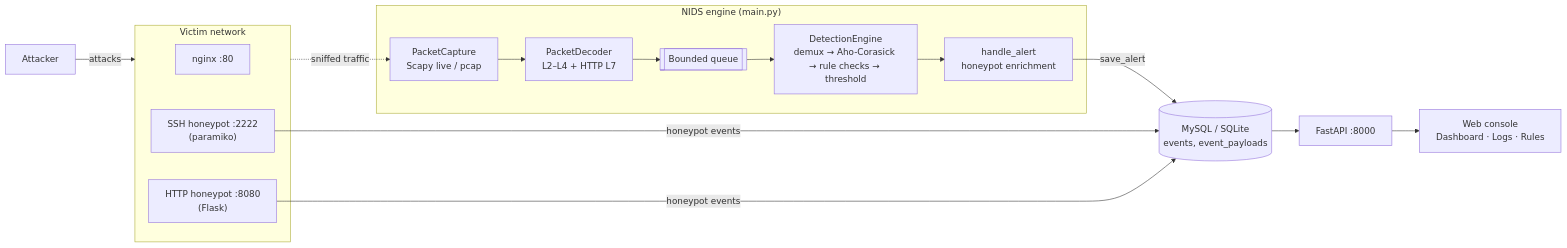
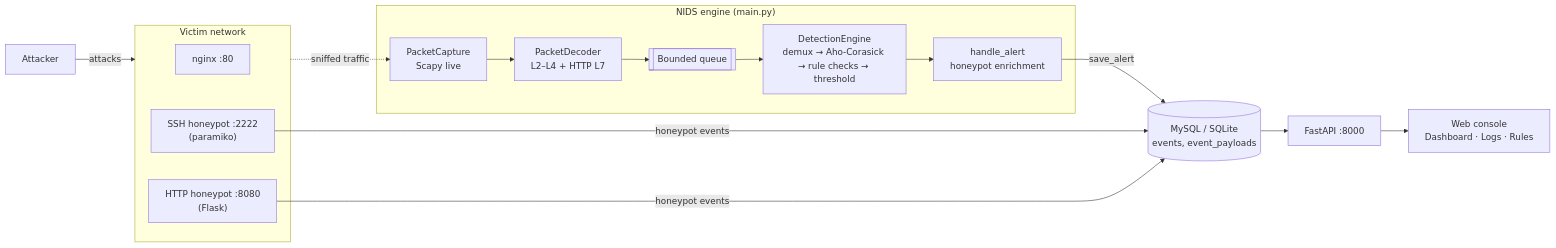
One commit to 74Teams/hybrid-nids changed the diagram in README.md. Above: the diagram before and after it, drawn with Mermaid. The commit also changed other lines of this file and 11 other files, not shown here.

````diff
--- a/README.md
+++ b/README.md
@@ -46,24 +46,24 @@
 ```mermaid
 flowchart LR
     attacker["Attacker"] -->|attacks| victim
 
     subgraph victim["Victim network"]
         nginx["nginx :80"]
         hpssh["SSH honeypot :2222<br/>(paramiko)"]
         hphttp["HTTP honeypot :8080<br/>(Flask)"]
     end
 
     subgraph engine["NIDS engine (main.py)"]
-        cap["PacketCapture<br/>Scapy live / pcap"] --> dec["PacketDecoder<br/>L2–L4 + HTTP L7"]
+        cap["PacketCapture<br/>Scapy live"] --> dec["PacketDecoder<br/>L2–L4 + HTTP L7"]
         dec --> q[["Bounded queue"]]
         q --> det["DetectionEngine<br/>demux → Aho-Corasick → rule checks → threshold"]
         det --> enrich["handle_alert<br/>honeypot enrichment"]
     end
 
     victim -. "sniffed traffic" .-> cap
     enrich -->|save_alert| db[("MySQL / SQLite<br/>events, event_payloads")]
     hpssh -->|honeypot events| db
     hphttp -->|honeypot events| db
     db --> api["FastAPI :8000"]
     api --> ui["Web console<br/>Dashboard · Logs · Rules"]
 ```
````
